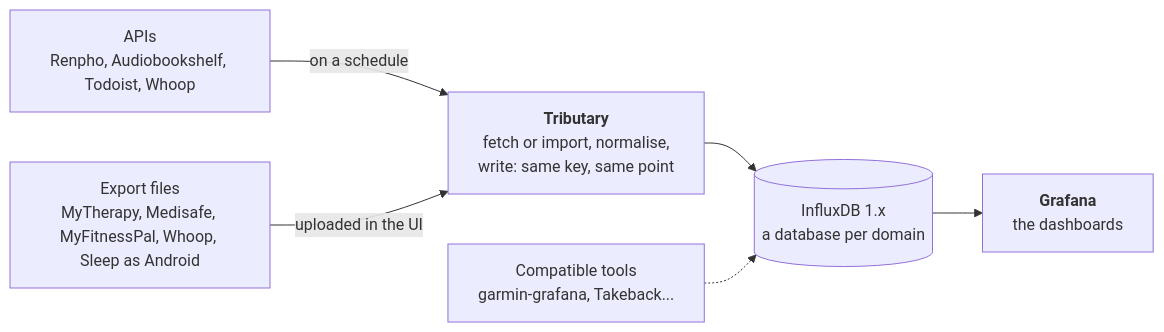
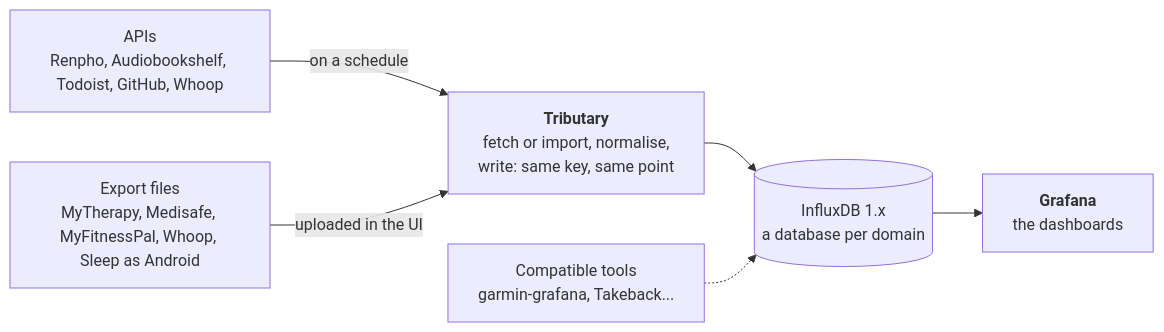
The diagram in README.md (vchatela-org/tributary), drawn with Mermaid before and after one commit. The commit also changed other lines of this file and 10 other files, not shown here.

Commit message:
feat(github): a GitHub connector: who wrote the commits, hosted minutes against the included ones (#45)

````diff
--- a/README.md
+++ b/README.md
@@ -13,8 +13,8 @@
 ```mermaid
 flowchart LR
-    api["APIs<br>Renpho, Audiobookshelf, Todoist, Whoop"] -- on a schedule --> T
+    api["APIs<br>Renpho, Audiobookshelf, Todoist, GitHub, Whoop"] -- on a schedule --> T
     files["Export files<br>MyTherapy, Medisafe, MyFitnessPal, Whoop, Sleep as Android"] -- uploaded in the UI --> T
     T["<b>Tributary</b><br>fetch or import, normalise,<br>write: same key, same point"] --> DB[("InfluxDB 1.x<br>a database per domain")]
     tools["Compatible tools<br>garmin-grafana, Takeback..."] -.-> DB
     DB --> G["<b>Grafana</b><br>the dashboards"]
 ```
````
